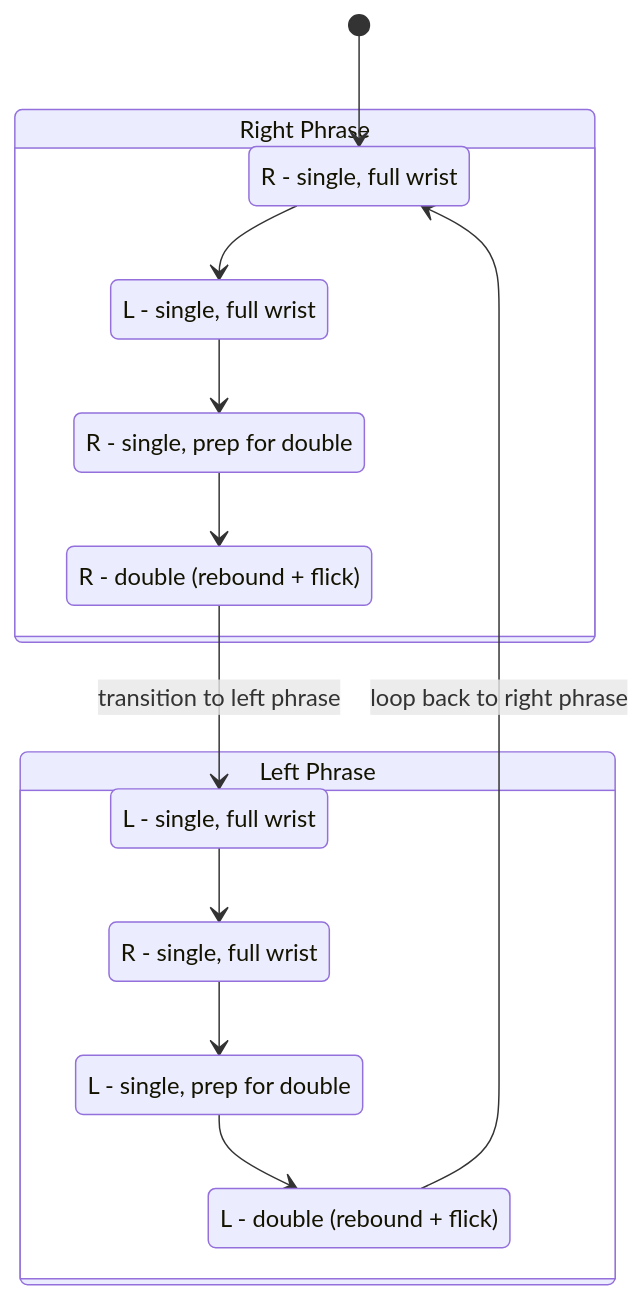
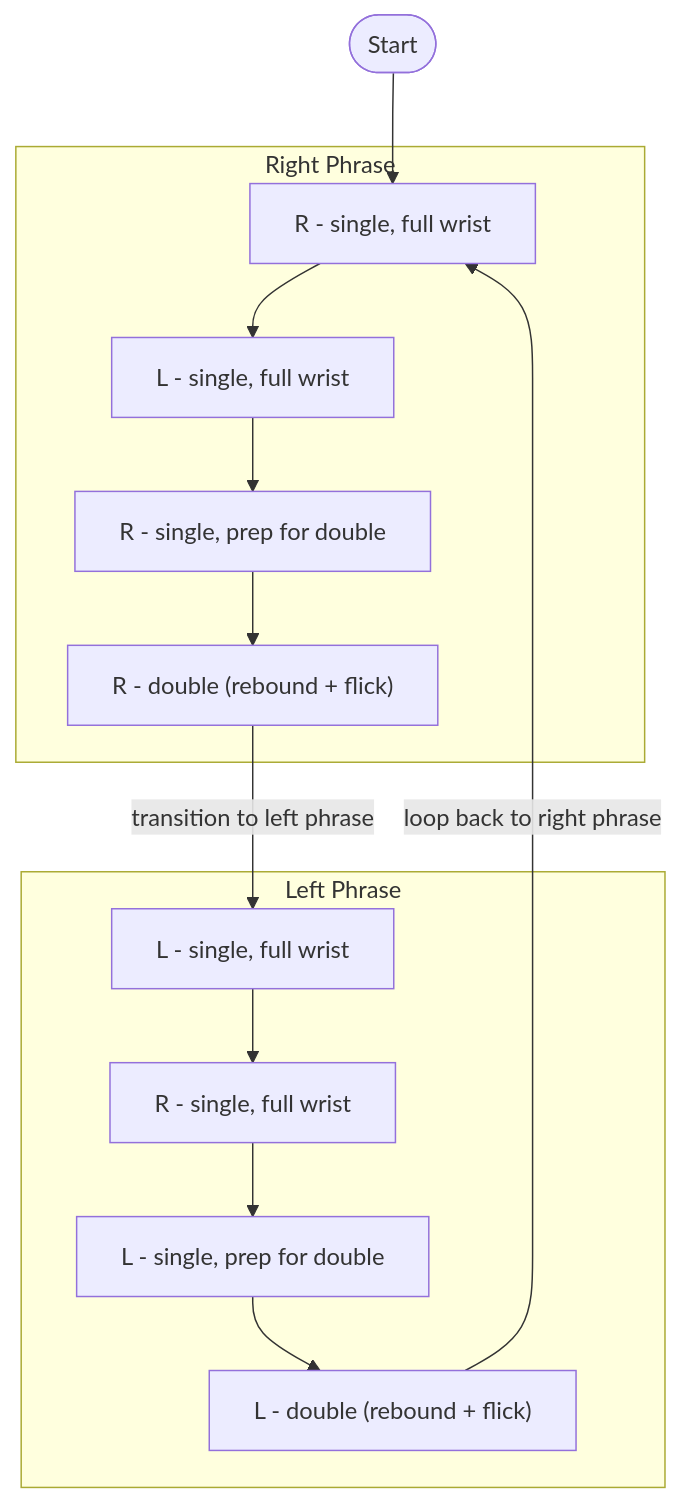
Before and after one commit to blebleblee/synapse: the fourth of 5 diagrams in topics/arts/music_performance/drums/lesson_02_four_limb_independence.md, drawn with Mermaid. The commit also changed other lines of this file and 1464 other files, not shown here.

Commit message:
feat(release): curriculum vector mermaid upgrade, render hardening, and master synpack

````diff
--- a/topics/arts/music_performance/drums/lesson_02_four_limb_independence.md
+++ b/topics/arts/music_performance/drums/lesson_02_four_limb_independence.md
@@ -201,27 +201,29 @@
 ```mermaid
-stateDiagram-v2
-    [*] --> sub_r1
+flowchart TD
+    Start([Start]) --> sub_r1
 
-    state "Right Phrase" as sub_right {
-        sub_r1: R - single, full wrist
-        sub_l1: L - single, full wrist
-        sub_r2: R - single, prep for double
-        sub_r3: R - double (rebound + flick)
+    subgraph sub_right ["Right Phrase"]
+        sub_r1["R - single, full wrist"]
+        sub_l1["L - single, full wrist"]
+        sub_r2["R - single, prep for double"]
+        sub_r3["R - double (rebound + flick)"]
+        
         sub_r1 --> sub_l1
         sub_l1 --> sub_r2
         sub_r2 --> sub_r3
-    }
+    end
 
-    state "Left Phrase" as sub_left {
-        sub_l2: L - single, full wrist
-        sub_r4: R - single, full wrist
-        sub_l3: L - single, prep for double
-        sub_l4: L - double (rebound + flick)
+    subgraph sub_left ["Left Phrase"]
+        sub_l2["L - single, full wrist"]
+        sub_r4["R - single, full wrist"]
+        sub_l3["L - single, prep for double"]
+        sub_l4["L - double (rebound + flick)"]
+        
         sub_l2 --> sub_r4
         sub_r4 --> sub_l3
         sub_l3 --> sub_l4
-    }
+    end
 
-    sub_r3 --> sub_l2: transition to left phrase
-    sub_l4 --> sub_r1: loop back to right phrase
+    sub_r3 -->|"transition to left phrase"| sub_l2
+    sub_l4 -->|"loop back to right phrase"| sub_r1
 ```
````
